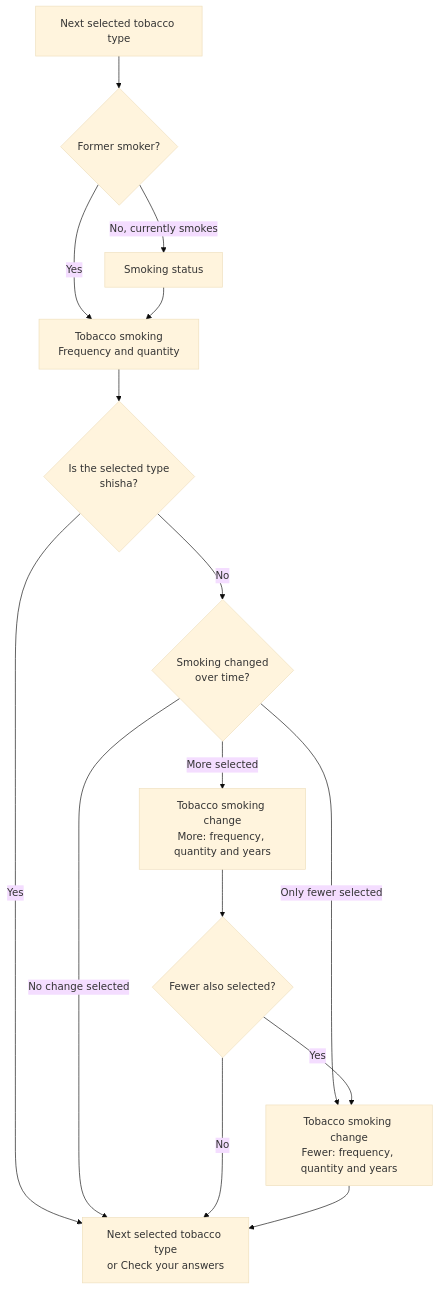
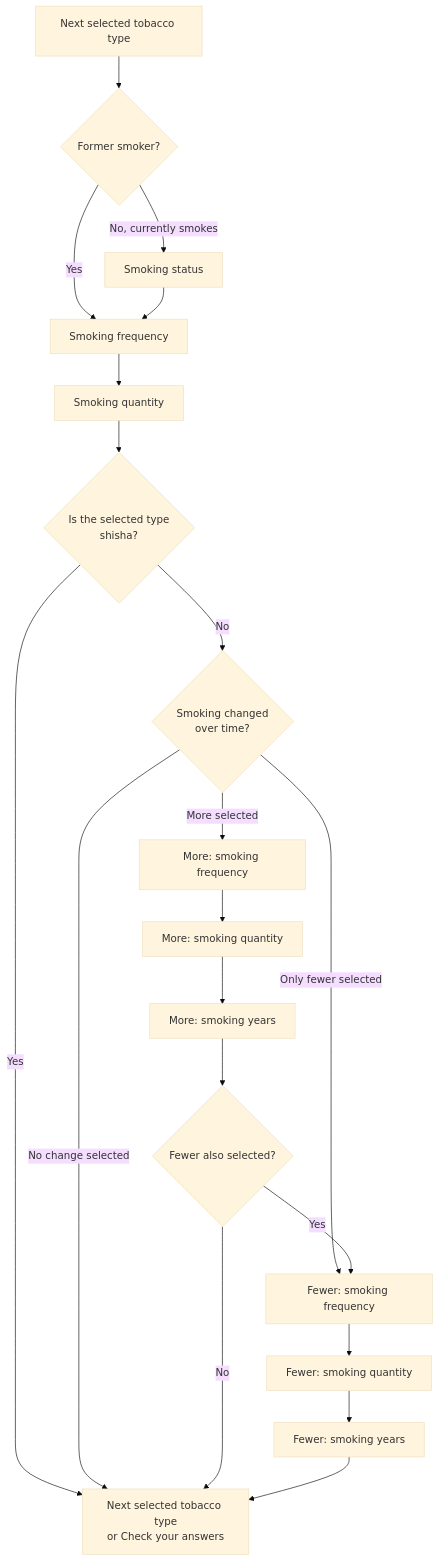
Before and after one commit to NHSDigital/prototype-lung-health-check: the second of 2 diagrams in app/prototype_v4_4/docs/question-flow.md, drawn with Mermaid (base theme). The commit also changed other lines of this file and 7 other files, not shown here.

Commit message:
Separate frequency, quantity and years questions

````diff
--- a/app/prototype_v4_4/docs/question-flow.md
+++ b/app/prototype_v4_4/docs/question-flow.md
@@ -70,23 +70,28 @@
 ```mermaid
 flowchart TD
   selectedType["Next selected tobacco type"] --> formerSmoker{"Former smoker?"}
 
   formerSmoker -- No, currently smokes --> status["Smoking status"]
-  formerSmoker -- Yes --> tobaccoSmoking["Tobacco smoking<br>Frequency and quantity"]
-  status --> tobaccoSmoking
+  formerSmoker -- Yes --> frequency["Smoking frequency"]
+  status --> frequency
+  frequency --> quantity["Smoking quantity"]
 
-  tobaccoSmoking --> isShisha{"Is the selected type<br>shisha?"}
+  quantity --> isShisha{"Is the selected type<br>shisha?"}
   isShisha -- Yes --> nextTypeOrCya
   isShisha -- No --> changed{"Smoking changed<br>over time?"}
 
   changed -- No change selected --> nextTypeOrCya
-  changed -- More selected --> moreChange["Tobacco smoking change<br>More: frequency, quantity and years"]
-  moreChange --> fewerSelected{"Fewer also selected?"}
+  changed -- More selected --> moreFrequency["More: smoking frequency"]
+  moreFrequency --> moreQuantity["More: smoking quantity"]
+  moreQuantity --> moreYears["More: smoking years"]
+  moreYears --> fewerSelected{"Fewer also selected?"}
 
-  changed -- Only fewer selected --> fewerChange["Tobacco smoking change<br>Fewer: frequency, quantity and years"]
-  fewerSelected -- Yes --> fewerChange
+  changed -- Only fewer selected --> fewerFrequency["Fewer: smoking frequency"]
+  fewerSelected -- Yes --> fewerFrequency
   fewerSelected -- No --> nextTypeOrCya
-  fewerChange --> nextTypeOrCya
+  fewerFrequency --> fewerQuantity["Fewer: smoking quantity"]
+  fewerQuantity --> fewerYears["Fewer: smoking years"]
+  fewerYears --> nextTypeOrCya
 
   nextTypeOrCya["Next selected tobacco type<br>or Check your answers"]
 ```
````
